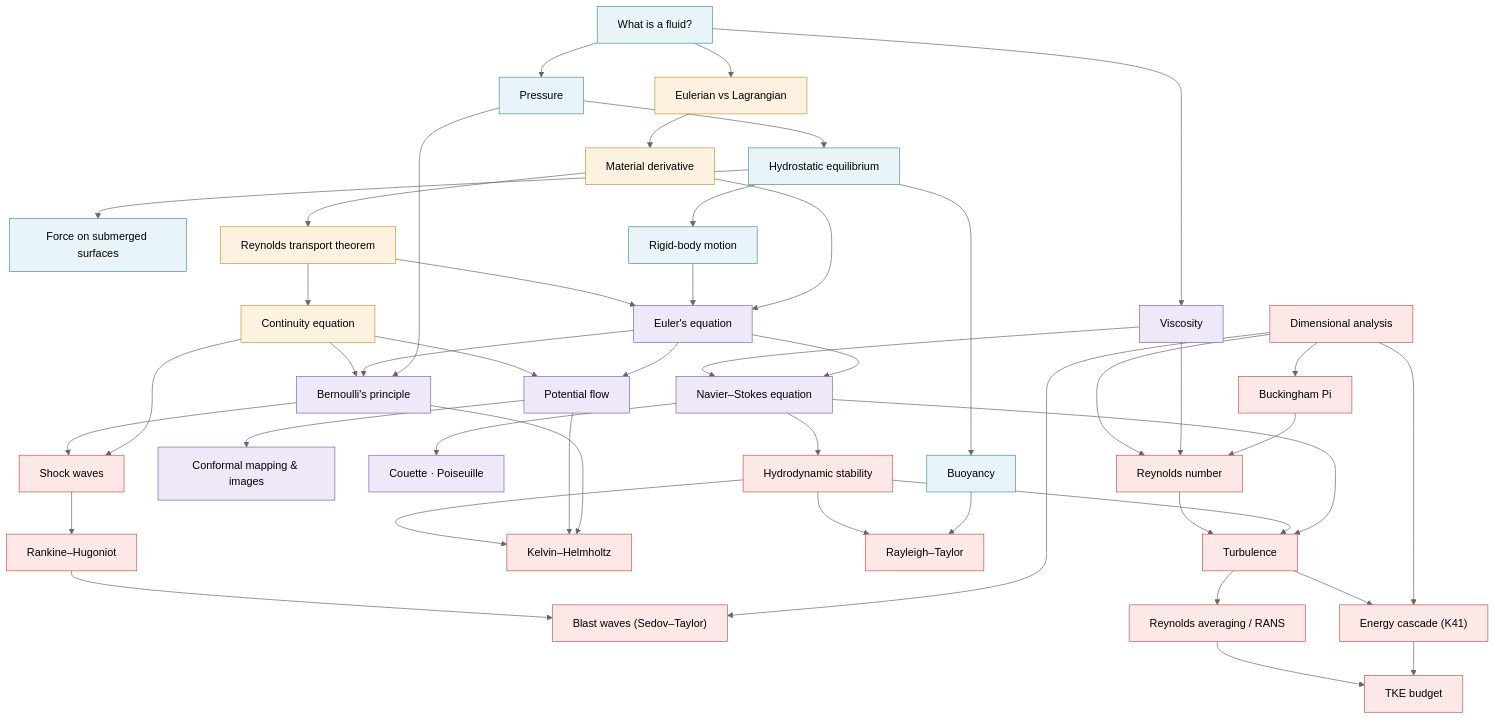
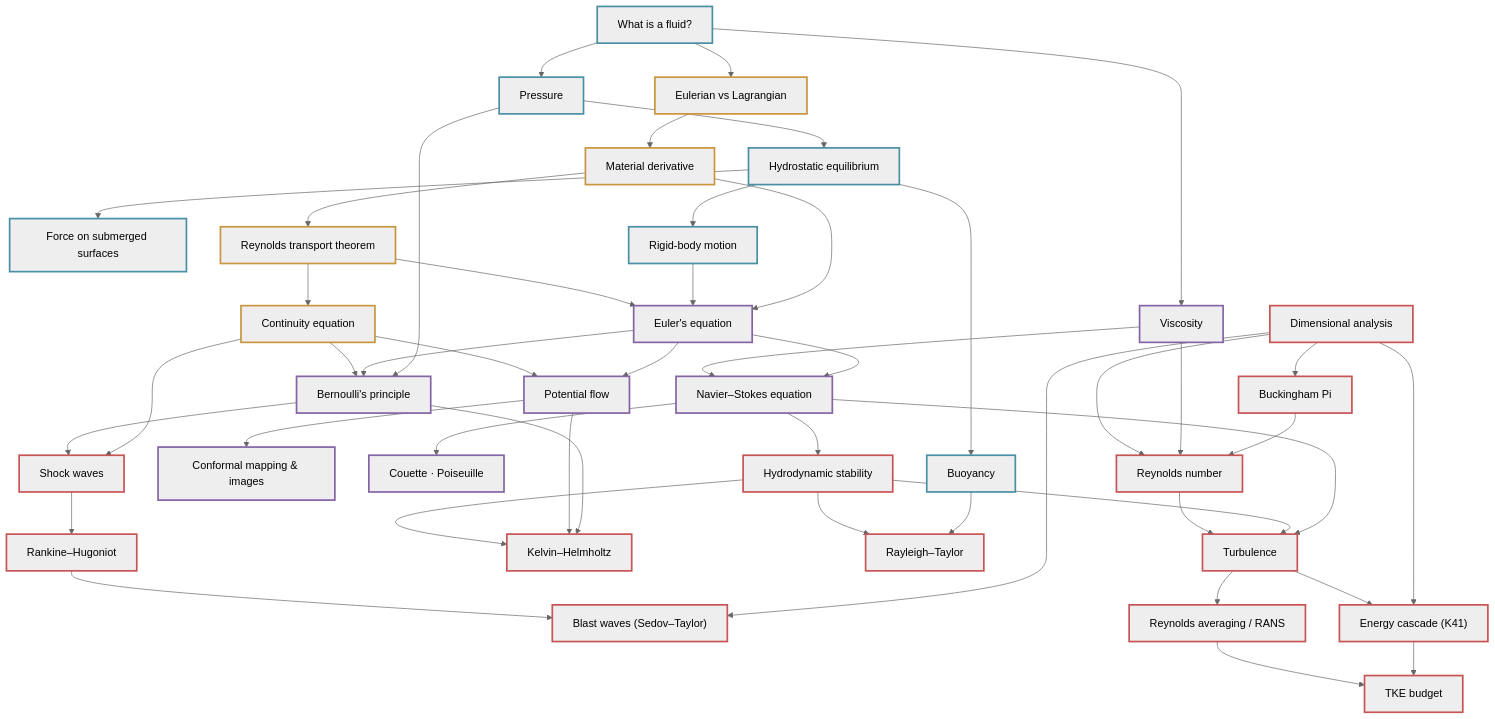
Before and after one commit to tpakorn/class-wiki: the diagram in docs/fluids/concept-graph.md, drawn with Mermaid (neutral theme). The commit also changed 156 other files, not shown here.

First line of the commit message:
Round 2: SC134 + PHY621 + PHY622, lecture timelines, 4 widgets, dark-mode graphs

````diff
--- a/docs/fluids/concept-graph.md
+++ b/docs/fluids/concept-graph.md
@@ -6,66 +6,66 @@
 ```mermaid
 flowchart TD
     FLUID["What is a fluid?"] --> PRESS["Pressure"]
     FLUID --> EULAG["Eulerian vs Lagrangian"]
     FLUID --> VISC["Viscosity"]
 
     PRESS --> HYDRO["Hydrostatic equilibrium"]
     HYDRO --> BUOY["Buoyancy"]
     HYDRO --> FSURF["Force on submerged surfaces"]
     HYDRO --> RBM["Rigid-body motion"]
 
     EULAG --> MATD["Material derivative"]
     MATD --> RTT["Reynolds transport theorem"]
     RTT --> CONT["Continuity equation"]
     RTT --> EULER["Euler's equation"]
     RBM --> EULER
     MATD --> EULER
 
     CONT --> BERN["Bernoulli's principle"]
     EULER --> BERN
     PRESS --> BERN
 
     CONT --> POT["Potential flow"]
     EULER --> POT
     POT --> CONF["Conformal mapping & images"]
 
     VISC --> NS["Navier–Stokes equation"]
     EULER --> NS
     NS --> EXACT["Couette · Poiseuille"]
 
     DIM["Dimensional analysis"] --> PI["Buckingham Pi"]
     DIM --> RE["Reynolds number"]
     VISC --> RE
     PI --> RE
 
     BERN --> SHOCK["Shock waves"]
     CONT --> SHOCK
     SHOCK --> RH["Rankine–Hugoniot"]
     RH --> BLAST["Blast waves (Sedov–Taylor)"]
     DIM --> BLAST
 
     NS --> STAB["Hydrodynamic stability"]
     STAB --> KH["Kelvin–Helmholtz"]
     STAB --> RT["Rayleigh–Taylor"]
     POT --> KH
     BUOY --> RT
     BERN --> KH
 
     RE --> TURB["Turbulence"]
     STAB --> TURB
     NS --> TURB
     TURB --> CASC["Energy cascade (K41)"]
     DIM --> CASC
     TURB --> RANS["Reynolds averaging / RANS"]
     RANS --> TKE["TKE budget"]
     CASC --> TKE
 
-    classDef statics fill:#e8f4f8,stroke:#4a90a4
-    classDef kinematics fill:#fdf2e0,stroke:#c8963e
-    classDef dynamics fill:#efe8f8,stroke:#8464a4
-    classDef advanced fill:#fde8e8,stroke:#c85454
+    classDef statics stroke:#4a90a4,stroke-width:2.5px
+    classDef kinematics stroke:#c8963e,stroke-width:2.5px
+    classDef dynamics stroke:#8464a4,stroke-width:2.5px
+    classDef advanced stroke:#c85454,stroke-width:2.5px
     class FLUID,PRESS,HYDRO,BUOY,FSURF,RBM statics
     class EULAG,MATD,RTT,CONT kinematics
     class EULER,BERN,POT,CONF,VISC,NS,EXACT dynamics
     class DIM,PI,RE,SHOCK,RH,BLAST,STAB,KH,RT,TURB,CASC,RANS,TKE advanced
 ```
````
